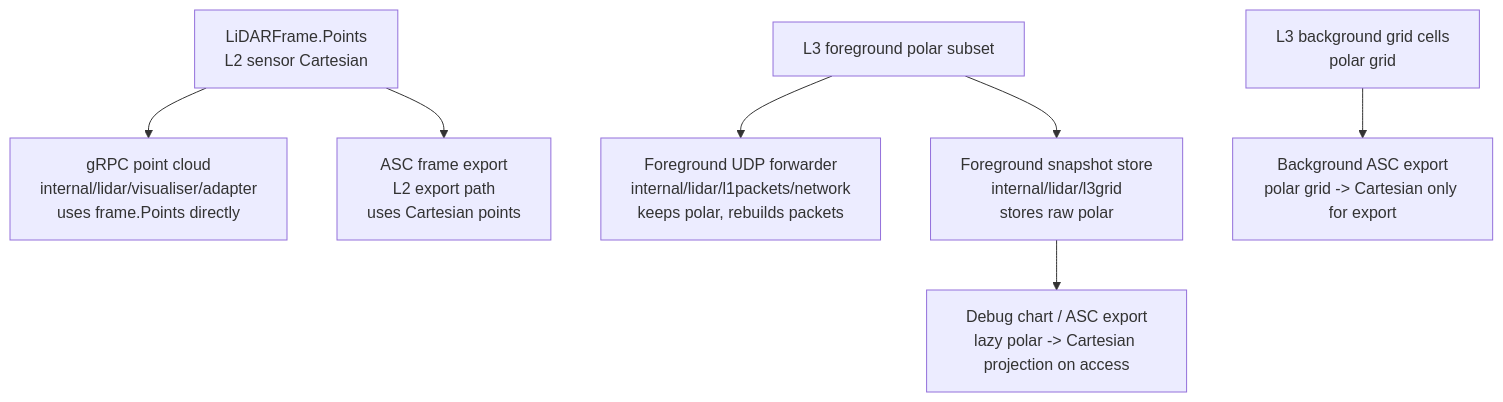
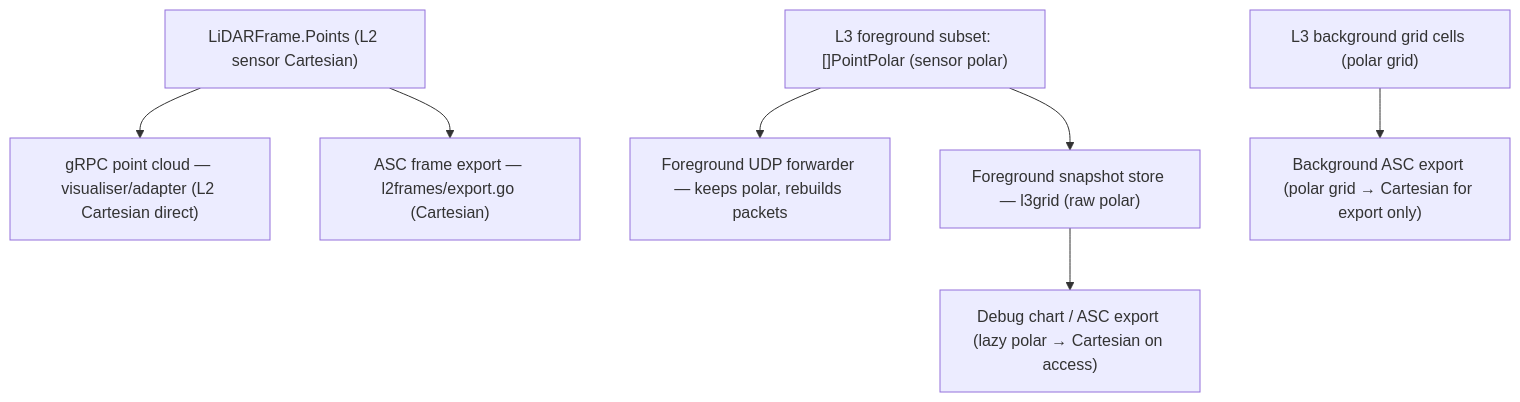
Before and after one commit to banshee-data/velocity.report: the second of 2 diagrams in docs/lidar/architecture/20260311-coordinate-flow-audit.md, drawn with Mermaid. The commit also changed other lines of this file, not shown here.

Commit message:
[docs] enhance flowchart descriptions for clarity in LiDAR coordinate processing

````diff
--- a/docs/lidar/architecture/20260311-coordinate-flow-audit.md
+++ b/docs/lidar/architecture/20260311-coordinate-flow-audit.md
@@ -52,11 +52,11 @@
 ```mermaid
 flowchart TD
-    A["LiDARFrame.Points\nL2 sensor Cartesian"] --> B["gRPC point cloud\ninternal/lidar/visualiser/adapter\nuses frame.Points directly"]
-    A --> C["ASC frame export\nL2 export path\nuses Cartesian points"]
+    A["LiDARFrame.Points (L2 sensor Cartesian)"] --> B["gRPC point cloud — visualiser/adapter (L2 Cartesian direct)"]
+    A --> C["ASC frame export — l2frames/export.go (Cartesian)"]
 
-    D["L3 foreground polar subset"] --> E["Foreground UDP forwarder\ninternal/lidar/l1packets/network\nkeeps polar, rebuilds packets"]
-    D --> F["Foreground snapshot store\ninternal/lidar/l3grid\nstores raw polar"]
-    F --> G["Debug chart / ASC export\nlazy polar -> Cartesian projection on access"]
+    D["L3 foreground subset: []PointPolar (sensor polar)"] --> E["Foreground UDP forwarder — keeps polar, rebuilds packets"]
+    D --> F["Foreground snapshot store — l3grid (raw polar)"]
+    F --> G["Debug chart / ASC export (lazy polar → Cartesian on access)"]
 
-    H["L3 background grid cells\npolar grid"] --> I["Background ASC export\npolar grid -> Cartesian only for export"]
+    H["L3 background grid cells (polar grid)"] --> I["Background ASC export (polar grid → Cartesian for export only)"]
 ```
````
